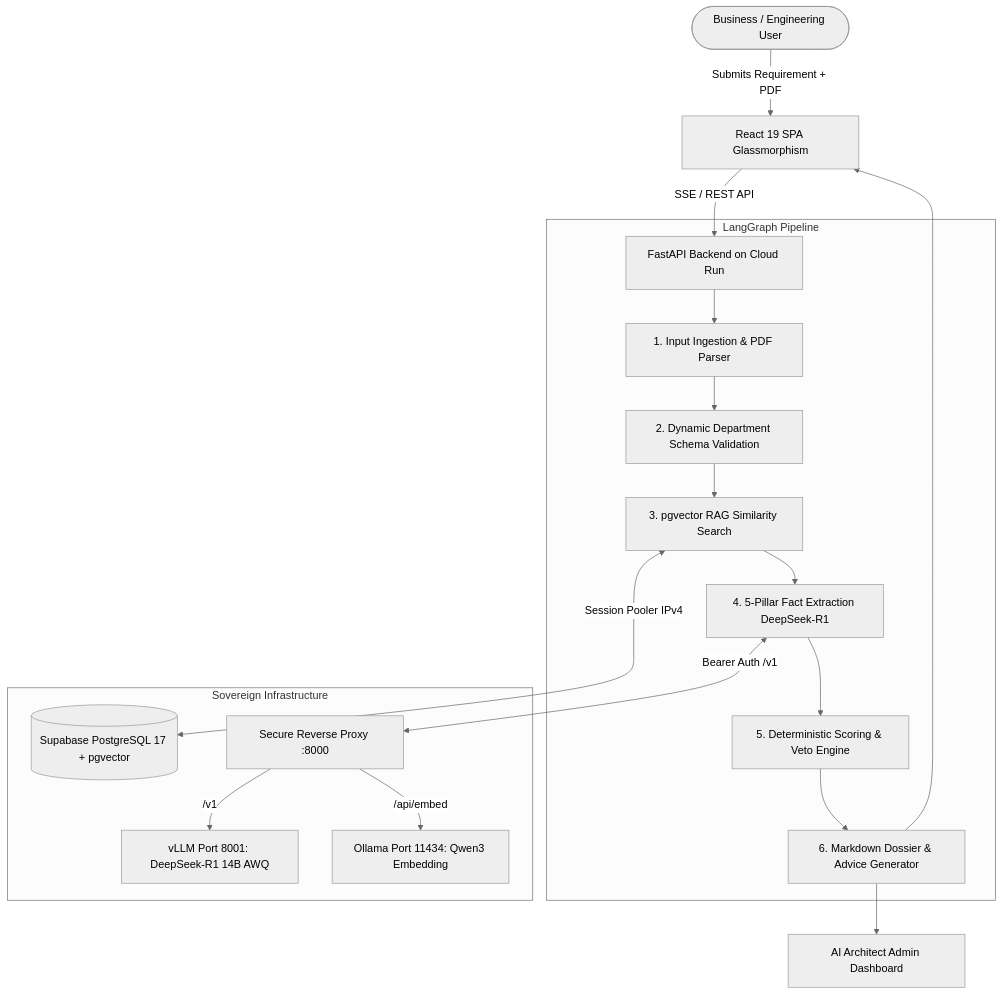
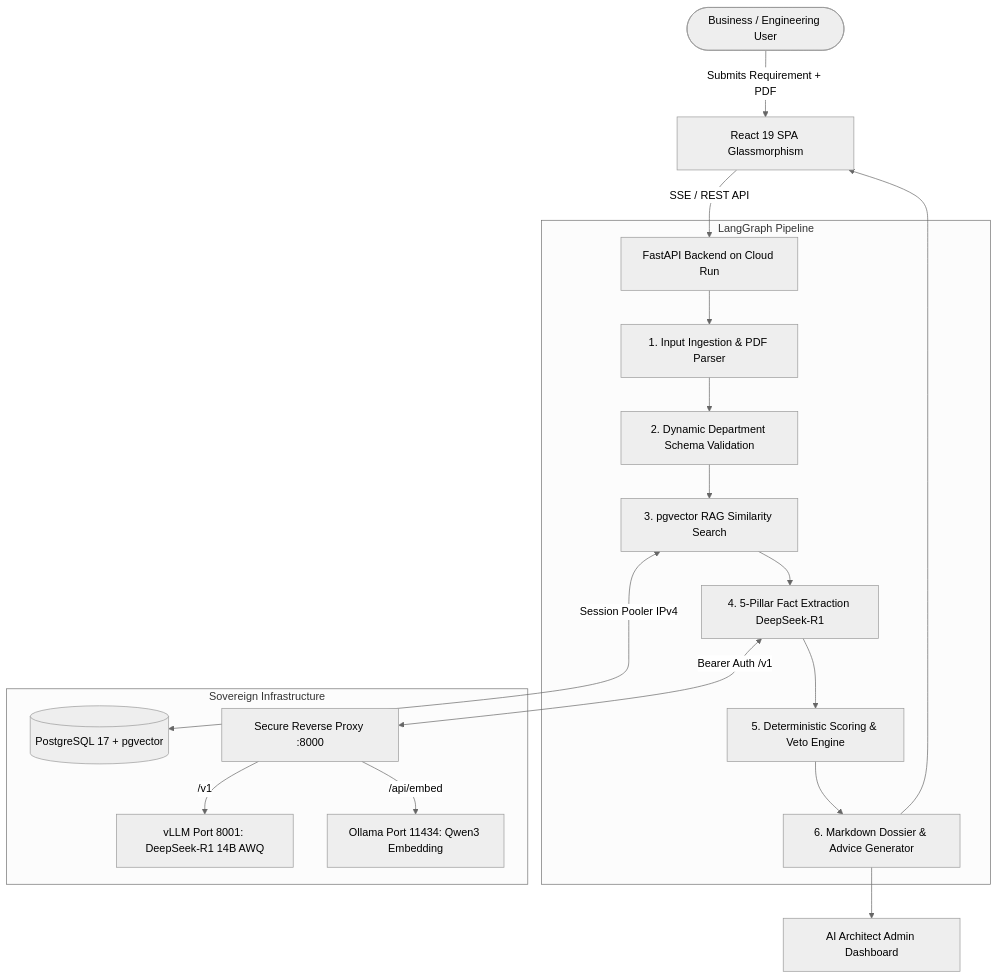
Before and after one commit to saadys/RequirementsHubSegula: the diagram in README.md, drawn with Mermaid (neutral theme). The commit also changed other lines of this file and 8 other files, not shown here.

````diff
--- a/README.md
+++ b/README.md
@@ -67,24 +134,24 @@
 ```mermaid
 flowchart TD
     User([Business / Engineering User]) -->|Submits Requirement + PDF| Frontend[React 19 SPA Glassmorphism]
     Frontend -->|SSE / REST API| FastAPI[FastAPI Backend on Cloud Run]
     
     subgraph Core Pipeline [LangGraph Pipeline]
         FastAPI --> Ingest[1. Input Ingestion & PDF Parser]
         Ingest --> DeptSchema[2. Dynamic Department Schema Validation]
         DeptSchema --> RAG[3. pgvector RAG Similarity Search]
         RAG --> LLM[4. 5-Pillar Fact Extraction DeepSeek-R1]
         LLM --> Scorer[5. Deterministic Scoring & Veto Engine]
         Scorer --> Report[6. Markdown Dossier & Advice Generator]
     end
 
     subgraph Infrastructure [Sovereign Infrastructure]
-        RAG <-->|Session Pooler IPv4| DB[(Supabase PostgreSQL 17 + pgvector)]
+        RAG <-->|Session Pooler IPv4| DB[(PostgreSQL 17 + pgvector)]
         LLM <-->|Bearer Auth /v1| Proxy[Secure Reverse Proxy :8000]
         Proxy -->|/v1| vLLM[vLLM Port 8001: DeepSeek-R1 14B AWQ]
         Proxy -->|/api/embed| Ollama[Ollama Port 11434: Qwen3 Embedding]
     end
 
     Report --> Frontend
     Report --> Admin[AI Architect Admin Dashboard]
 ```
````
